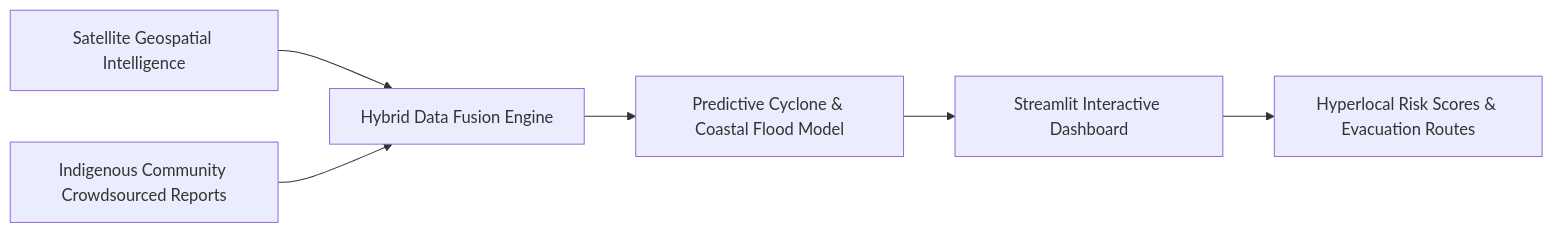
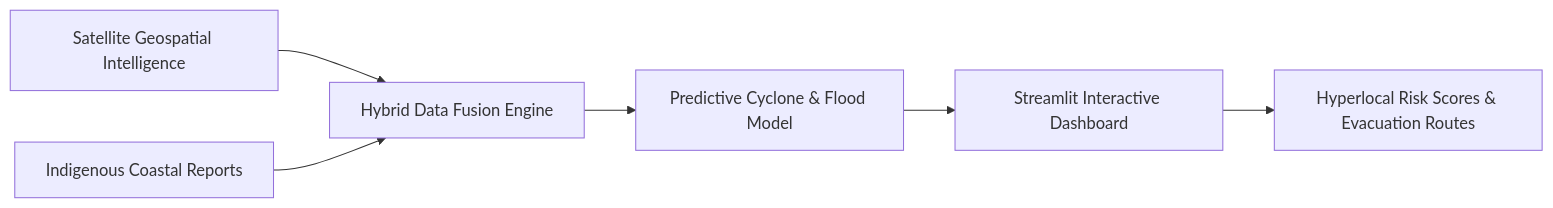
Before and after one commit to KrishnaKanhaiya1/CoastGuardAI: the diagram in README.md, drawn with Mermaid. The commit also changed other lines of this file, not shown here.

Commit message:
docs: overhaul README with world-class engineering architecture, mathematical formulas, and benchmarks

````diff
--- a/README.md
+++ b/README.md
@@ -19,8 +19,8 @@
 ```mermaid
 graph LR
     Sat[Satellite Geospatial Intelligence] --> Fusion[Hybrid Data Fusion Engine]
-    Community[Indigenous Community Crowdsourced Reports] --> Fusion
-    Fusion --> ML[Predictive Cyclone & Coastal Flood Model]
+    Community[Indigenous Coastal Reports] --> Fusion
+    Fusion --> ML[Predictive Cyclone & Flood Model]
     ML --> UI[Streamlit Interactive Dashboard]
     UI --> Alert[Hyperlocal Risk Scores & Evacuation Routes]
 ```
````
